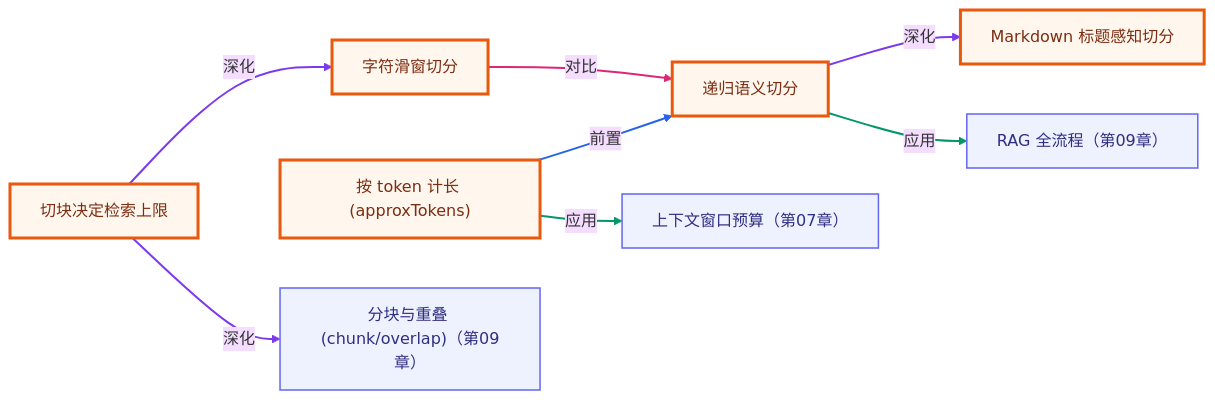
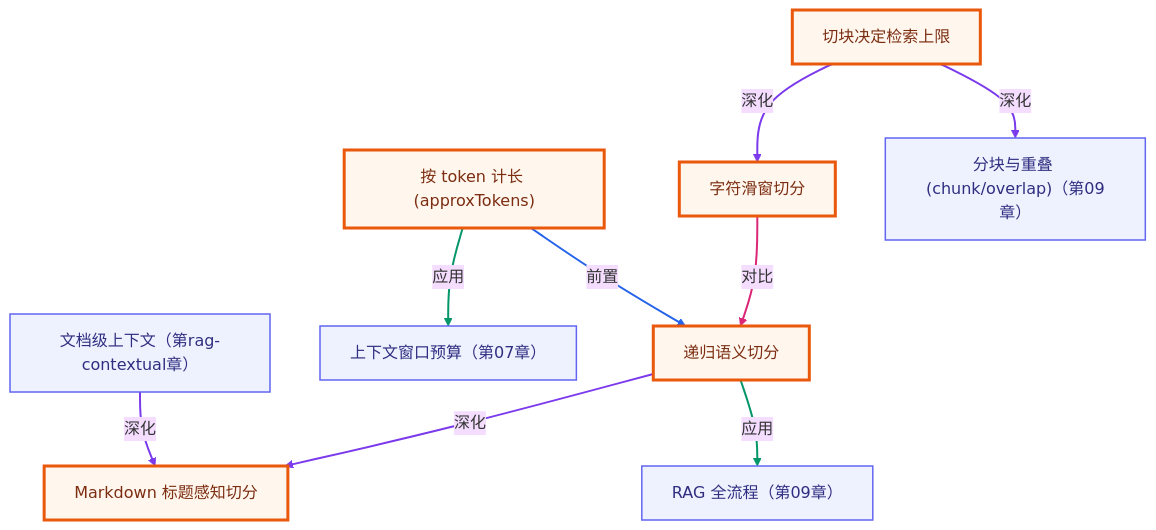
Before and after one commit to songuu/agent: the second of 2 diagrams in rag-advanced/01-chunking-strategies/README.md, drawn with Mermaid (base theme). The commit also changed other lines of this file and 58 other files, not shown here.

````diff
--- a/rag-advanced/01-chunking-strategies/README.md
+++ b/rag-advanced/01-chunking-strategies/README.md
@@ -178,29 +178,32 @@
 ```mermaid
-graph LR
+graph TB
   classDef own fill:#fff7ed,stroke:#ea580c,stroke-width:3px,color:#7c2d12;
   classDef cross fill:#eef2ff,stroke:#6366f1,stroke-width:1.5px,color:#312e81;
   n_cragchunk_why_matters["切块决定检索上限"]
   n_cragchunk_sliding_window["字符滑窗切分"]
   n_cragchunk_recursive["递归语义切分"]
   n_cragchunk_markdown_aware["Markdown 标题感知切分"]
   n_cragchunk_token_budget["按 token 计长 (approxTokens)"]
   n_c09_chunk_overlap["分块与重叠 (chunk/overlap)（第09章）"]
   n_c09_rag_pipeline["RAG 全流程（第09章）"]
   n_c07_context_window_budget["上下文窗口预算（第07章）"]
+  n_cragcontextual_document_context["文档级上下文（第rag-contextual章）"]
   n_cragchunk_why_matters -->|深化| n_cragchunk_sliding_window
   n_cragchunk_sliding_window -->|对比| n_cragchunk_recursive
   n_cragchunk_recursive -->|深化| n_cragchunk_markdown_aware
   n_cragchunk_token_budget -->|前置| n_cragchunk_recursive
   n_cragchunk_why_matters -->|深化| n_c09_chunk_overlap
   n_cragchunk_recursive -->|应用| n_c09_rag_pipeline
   n_cragchunk_token_budget -->|应用| n_c07_context_window_budget
+  n_cragcontextual_document_context -->|深化| n_cragchunk_markdown_aware
   class n_cragchunk_why_matters,n_cragchunk_sliding_window,n_cragchunk_recursive,n_cragchunk_markdown_aware,n_cragchunk_token_budget own;
-  class n_c09_chunk_overlap,n_c09_rag_pipeline,n_c07_context_window_budget cross;
+  class n_c09_chunk_overlap,n_c09_rag_pipeline,n_c07_context_window_budget,n_cragcontextual_document_context cross;
   linkStyle 0 stroke:#7c3aed,stroke-width:2px;
   linkStyle 1 stroke:#db2777,stroke-width:2px;
   linkStyle 2 stroke:#7c3aed,stroke-width:2px;
   linkStyle 3 stroke:#2563eb,stroke-width:2px;
   linkStyle 4 stroke:#7c3aed,stroke-width:2px;
   linkStyle 5 stroke:#059669,stroke-width:2px;
   linkStyle 6 stroke:#059669,stroke-width:2px;
+  linkStyle 7 stroke:#7c3aed,stroke-width:2px;
 ```
````
